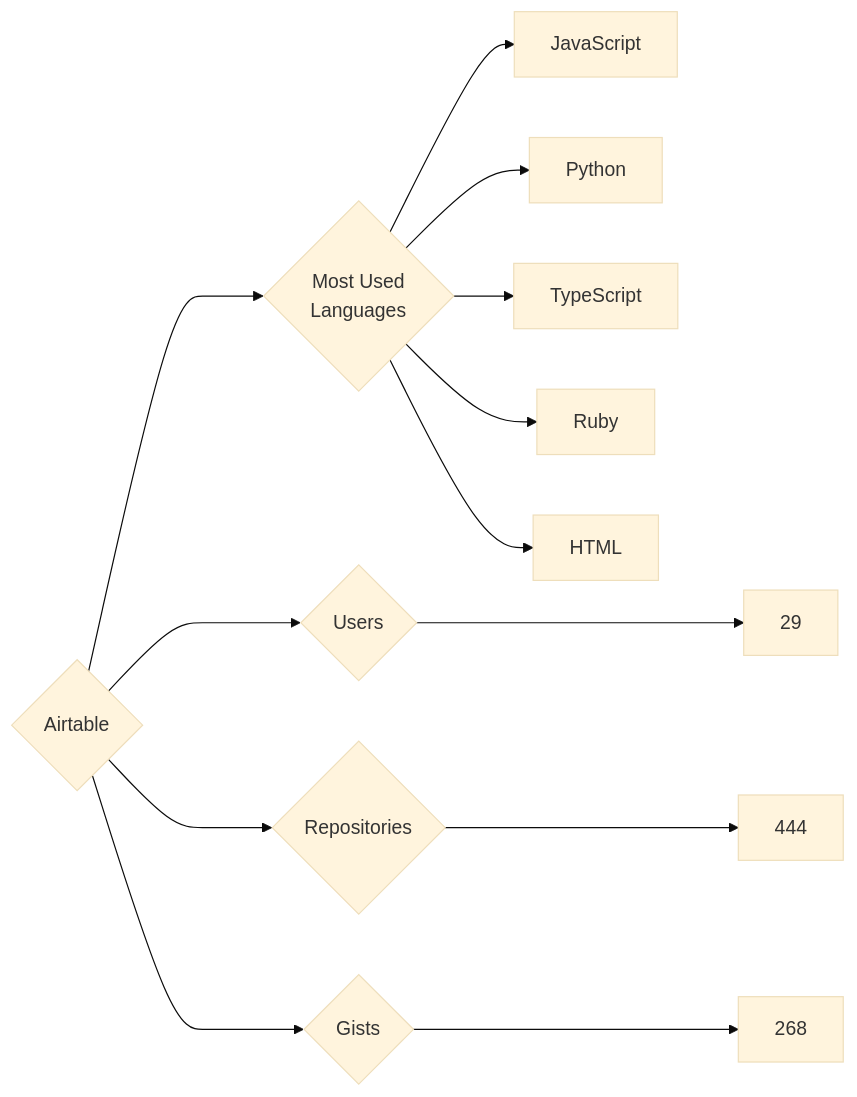
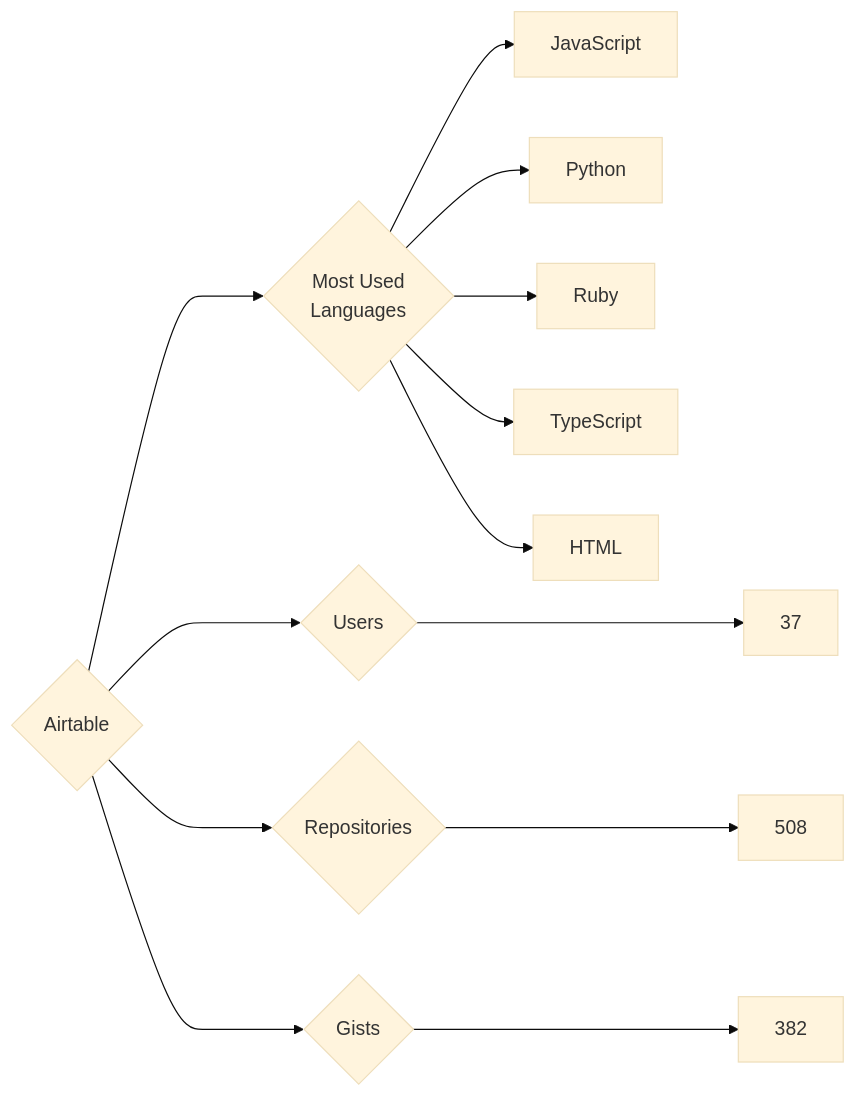
Before and after one commit to trickest/insiders: the diagram in targets/Airtable/README.md, drawn with Mermaid (base theme). The commit also changed 745 other files, not shown here.

````diff
--- a/targets/Airtable/README.md
+++ b/targets/Airtable/README.md
@@ -3,13 +3,13 @@
 ```mermaid
 graph LR
 COMPANY_NAME{Airtable}
-COMPANY_NAME ---> U{Users} ---> UN[29]
-COMPANY_NAME ---> R{Repositories} ---> RN[444]
-COMPANY_NAME ---> G{Gists} ---> GN[268]
+COMPANY_NAME ---> U{Users} ---> UN[37]
+COMPANY_NAME ---> R{Repositories} ---> RN[508]
+COMPANY_NAME ---> G{Gists} ---> GN[382]
 COMPANY_NAME ---> ML{Most Used<br>Languages}
 ML --> JavaScript[JavaScript]
 ML --> Python[Python]
+ML --> Ruby[Ruby]
 ML --> TypeScript[TypeScript]
-ML --> Ruby[Ruby]
 ML --> HTML[HTML]
 ```
````
